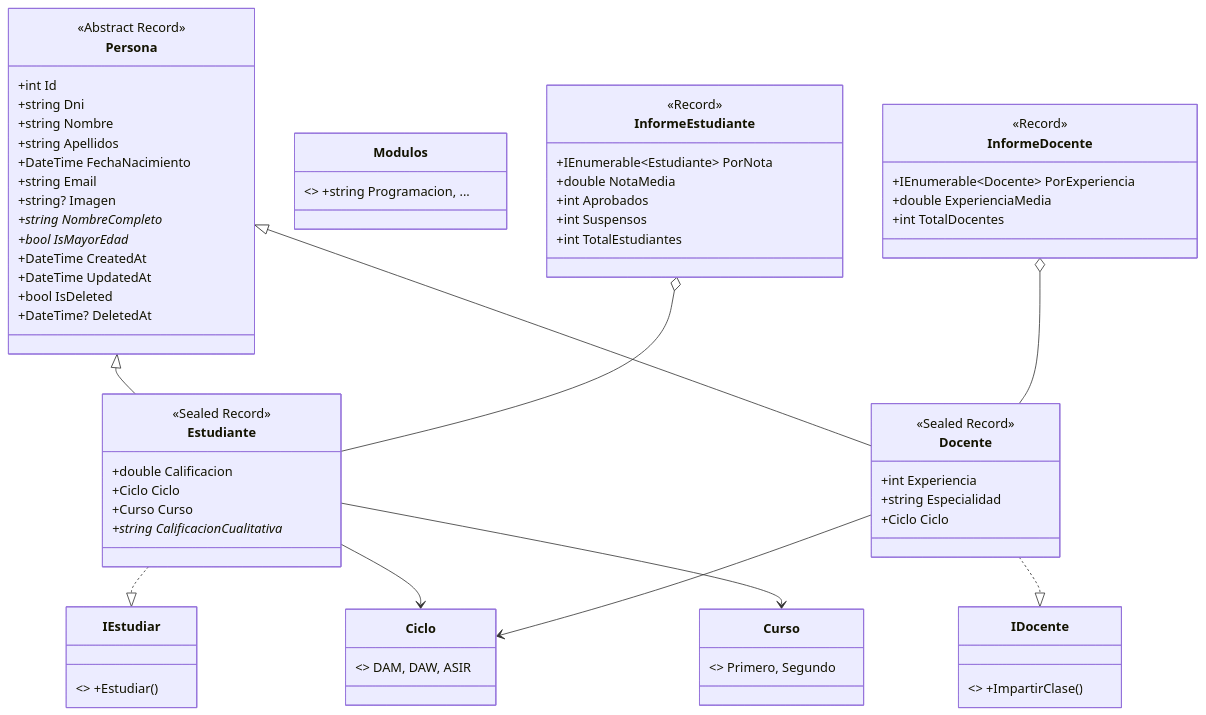
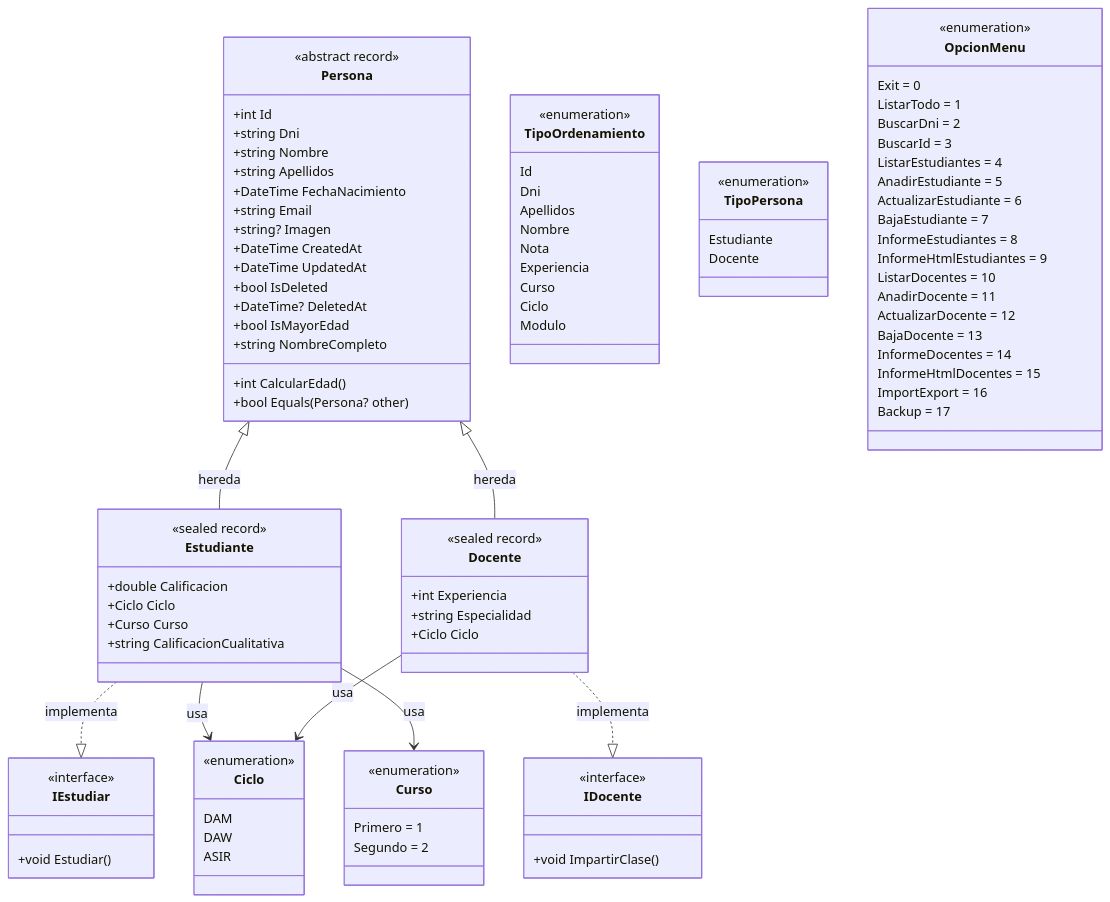
Before and after one commit to joseluisgs/Programacion-10-2025-2026: the fourth of 4 diagrams in soluciones/20-GestionAcademica/README.md, drawn with Mermaid. The commit also changed other lines of this file, not shown here.

First line of the commit message:
docs: rewrite GestionAcademica README with full architecture documentation

````diff
--- a/soluciones/20-GestionAcademica/README.md
+++ b/soluciones/20-GestionAcademica/README.md
@@ -1111,7 +551,9 @@
 ```mermaid
 classDiagram
+    direction TB
+
     class Persona {
-        <<Abstract Record>>
+        <<abstract record>>
         +int Id
         +string Dni
         +string Nombre
@@ -1119,59 +561,100 @@
         +DateTime FechaNacimiento
         +string Email
         +string? Imagen
-        +string NombreCompleto*
-        +bool IsMayorEdad*
         +DateTime CreatedAt
         +DateTime UpdatedAt
         +bool IsDeleted
         +DateTime? DeletedAt
+        +bool IsMayorEdad
+        +string NombreCompleto
+        +int CalcularEdad()
+        +bool Equals(Persona? other)
     }
 
-    class IEstudiar { <<Interface>> +Estudiar() }
-    class IDocente { <<Interface>> +ImpartirClase() }
-
     class Estudiante {
-        <<Sealed Record>>
+        <<sealed record>>
         +double Calificacion
         +Ciclo Ciclo
         +Curso Curso
-        +string CalificacionCualitativa*
+        +string CalificacionCualitativa
     }
 
     class Docente {
-        <<Sealed Record>>
+        <<sealed record>>
         +int Experiencia
         +string Especialidad
         +Ciclo Ciclo
     }
 
-    class Ciclo { <<Enum>> DAM, DAW, ASIR }
-    class Curso { <<Enum>> Primero, Segundo }
-    class Modulos { <<Static>> +string Programacion, ... }
-
-    class InformeEstudiante {
-        <<Record>>
-        +IEnumerable~Estudiante~ PorNota
-        +double NotaMedia
-        +int Aprobados
-        +int Suspensos
-        +int TotalEstudiantes
+    class IEstudiar {
+        <<interface>>
+        +void Estudiar()
     }
 
-    class InformeDocente {
-        <<Record>>
-        +IEnumerable~Docente~ PorExperiencia
-        +double ExperienciaMedia
-        +int TotalDocentes
+    class IDocente {
+        <<interface>>
+        +void ImpartirClase()
     }
 
-    Persona <|-- Estudiante
-    Persona <|-- Docente
-    Estudiante ..|> IEstudiar
-    Docente ..|> IDocente
-    Estudiante --> Ciclo
-    Estudiante --> Curso
-    Docente --> Ciclo
-    InformeEstudiante o-- Estudiante
-    InformeDocente o-- Docente
+    class Ciclo {
+        <<enumeration>>
+        DAM
+        DAW
+        ASIR
+    }
+
+    class Curso {
+        <<enumeration>>
+        Primero = 1
+        Segundo = 2
+    }
+
+    class TipoOrdenamiento {
+        <<enumeration>>
+        Id
+        Dni
+        Apellidos
+        Nombre
+        Nota
+        Experiencia
+        Curso
+        Ciclo
+        Modulo
+    }
+
+    class TipoPersona {
+        <<enumeration>>
+        Estudiante
+        Docente
+    }
+
+    class OpcionMenu {
+        <<enumeration>>
+        Exit = 0
+        ListarTodo = 1
+        BuscarDni = 2
+        BuscarId = 3
+        ListarEstudiantes = 4
+        AnadirEstudiante = 5
+        ActualizarEstudiante = 6
+        BajaEstudiante = 7
+        InformeEstudiantes = 8
+        InformeHtmlEstudiantes = 9
+        ListarDocentes = 10
+        AnadirDocente = 11
+        ActualizarDocente = 12
+        BajaDocente = 13
+        InformeDocentes = 14
+        InformeHtmlDocentes = 15
+        ImportExport = 16
+        Backup = 17
+    }
+
+    Persona <|-- Estudiante : hereda
+    Persona <|-- Docente : hereda
+    Estudiante ..|> IEstudiar : implementa
+    Docente ..|> IDocente : implementa
+    Estudiante --> Ciclo : usa
+    Estudiante --> Curso : usa
+    Docente --> Ciclo : usa
 ```
````
